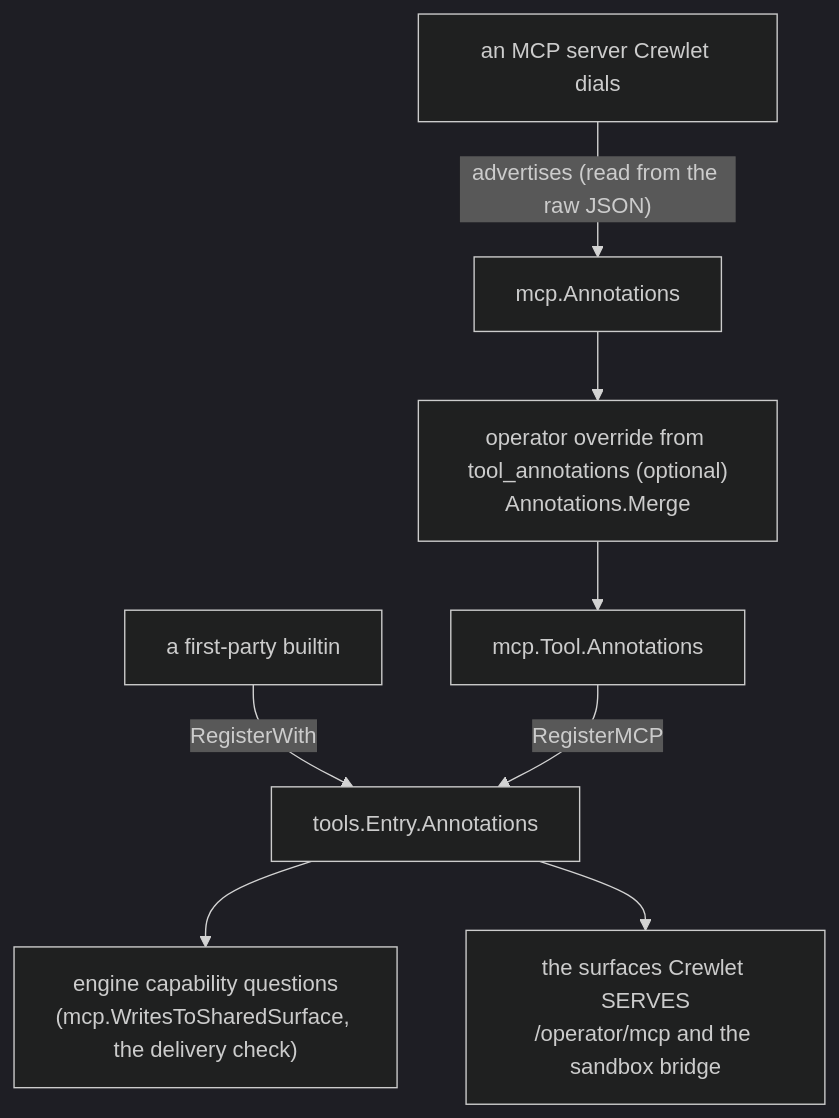
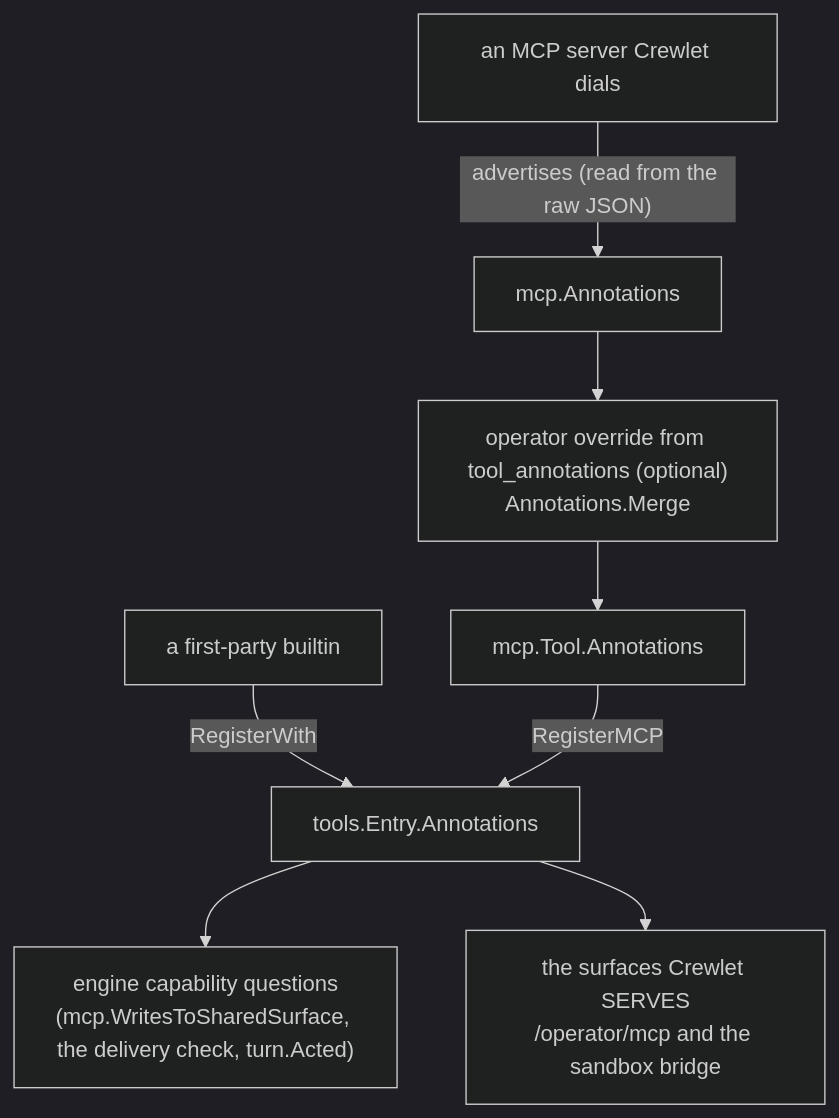
The diagram in docs/concepts/tool-capabilities.md (crewlet/crewlet), drawn with Mermaid (dark theme) before and after one commit. The commit also changed other lines of this file and 19 other files, not shown here.

````diff
--- a/docs/concepts/tool-capabilities.md
+++ b/docs/concepts/tool-capabilities.md
@@ -169,10 +169,10 @@
 ```mermaid
 flowchart TD
     MCP["an MCP server Crewlet dials"] -->|"advertises (read from the raw JSON)"| ANN["mcp.Annotations"]
     ANN --> OVR["operator override from tool_annotations (optional)<br/>Annotations.Merge"]
     OVR --> WRAP["mcp.Tool.Annotations"]
     BUILTIN["a first-party builtin"] -->|RegisterWith| ENTRY
     WRAP -->|RegisterMCP| ENTRY["tools.Entry.Annotations"]
-    ENTRY --> Q["engine capability questions<br/>(mcp.WritesToSharedSurface, the delivery check)"]
+    ENTRY --> Q["engine capability questions<br/>(mcp.WritesToSharedSurface, the delivery check, turn.Acted)"]
     ENTRY --> OUT["the surfaces Crewlet SERVES<br/>/operator/mcp and the sandbox bridge"]
 ```
````
